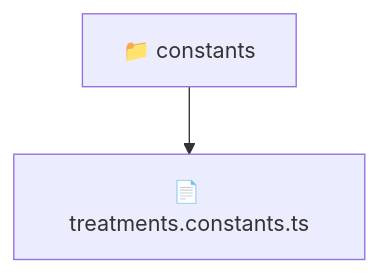
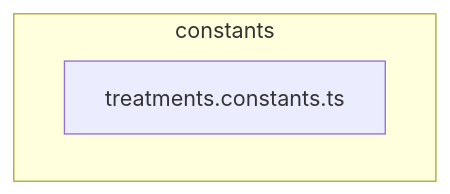
The diagram in frontend/src/entities/treatments/constants/README.md (beginwebdev2002/fullstack-mavluda), drawn with Mermaid before and after one commit. The commit also changed other lines of this file and 163 other files, not shown here.

````diff
--- a/frontend/src/entities/treatments/constants/README.md
+++ b/frontend/src/entities/treatments/constants/README.md
@@ -11,5 +15,6 @@
 ```mermaid
 graph TD
-  Root["📁 constants"]
-  Root --> treatments_constants_ts["📄 treatments.constants.ts"]
+  subgraph constants
+    treatments_constants_ts["treatments.constants.ts"]
+  end
 ```
````
